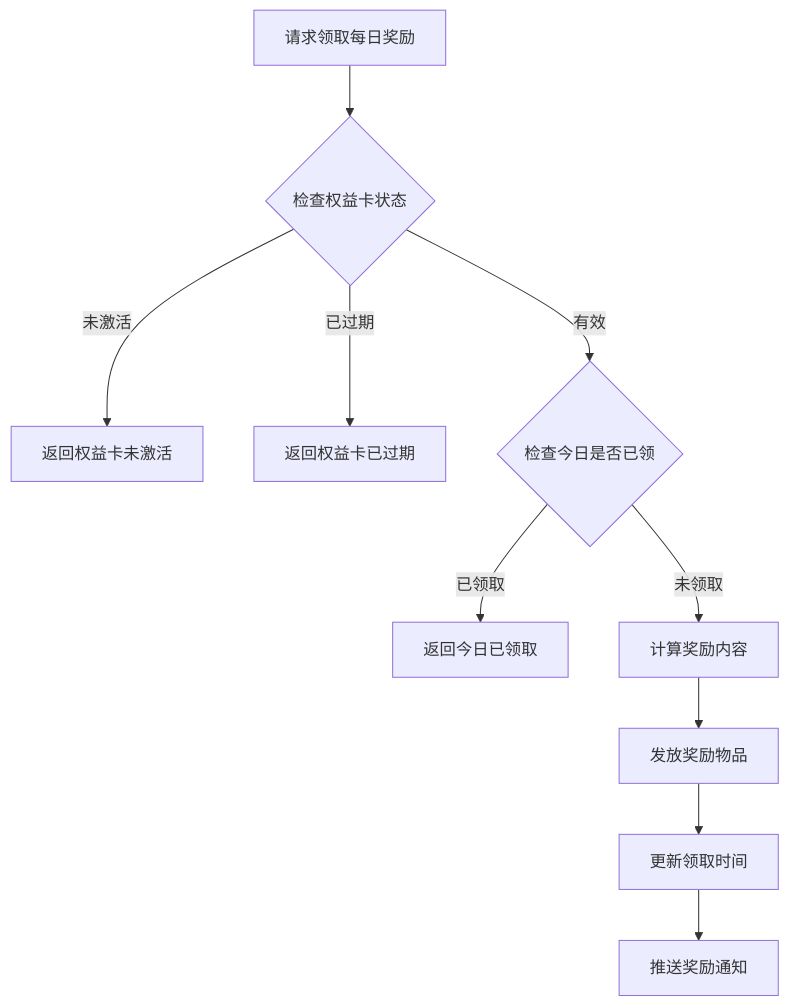
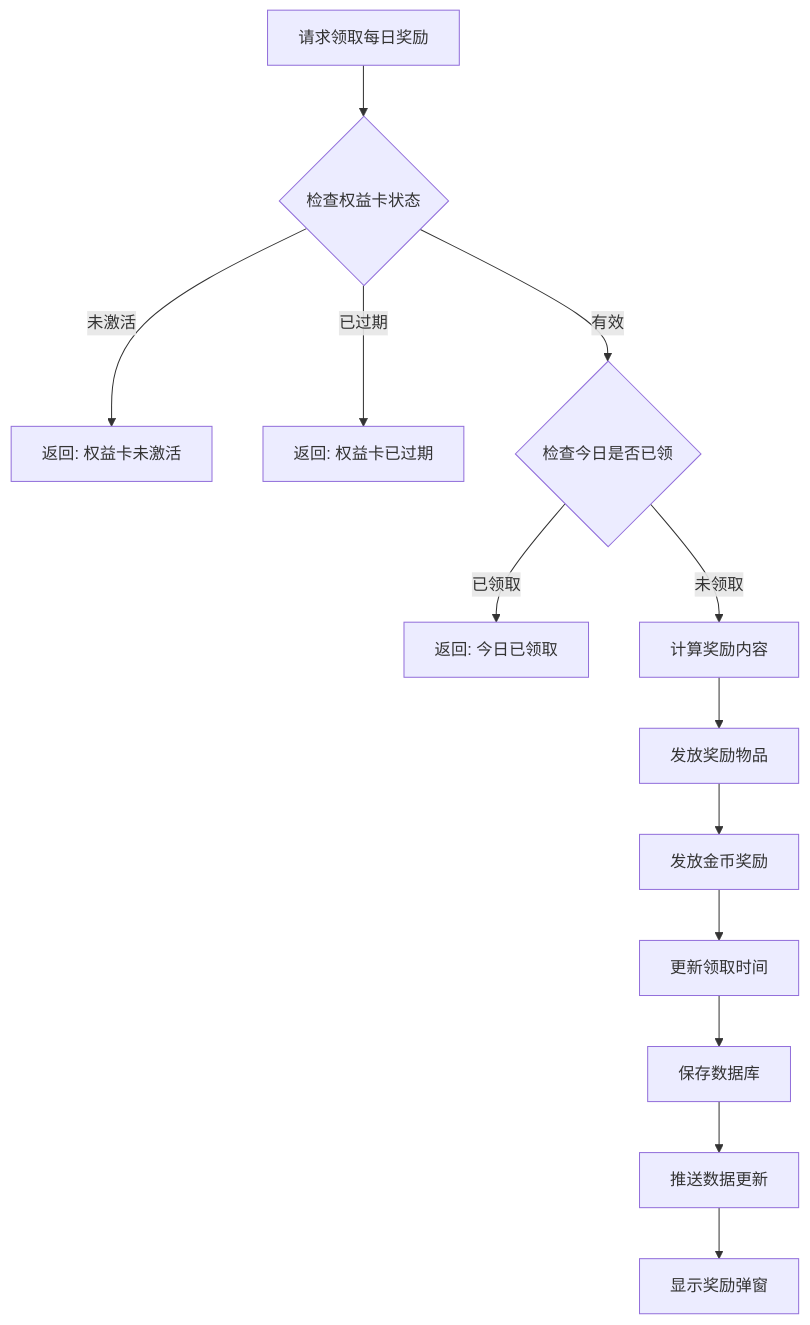
The third of 6 diagrams in docs/Module_PrivilegeCard/05_完整说明.md (Alan-Ben/k2c_game_framework), drawn with Mermaid before and after one commit. The commit also changed other lines of this file and 5 other files, not shown here.

````diff
--- a/docs/Module_PrivilegeCard/05_完整说明.md
+++ b/docs/Module_PrivilegeCard/05_完整说明.md
@@ -91,12 +109,15 @@
 ```mermaid
 flowchart TD
     A[请求领取每日奖励] --> B{检查权益卡状态}
-    B -->|未激活| C[返回权益卡未激活]
-    B -->|已过期| D[返回权益卡已过期]
+    B -->|未激活| C[返回: 权益卡未激活]
+    B -->|已过期| D[返回: 权益卡已过期]
     B -->|有效| E{检查今日是否已领}
-    E -->|已领取| F[返回今日已领取]
+    E -->|已领取| F[返回: 今日已领取]
     E -->|未领取| G[计算奖励内容]
     G --> H[发放奖励物品]
-    H --> I[更新领取时间]
-    I --> J[推送奖励通知]
+    H --> I[发放金币奖励]
+    I --> J[更新领取时间]
+    J --> K[保存数据库]
+    K --> L[推送数据更新]
+    L --> M[显示奖励弹窗]
 ```
````
